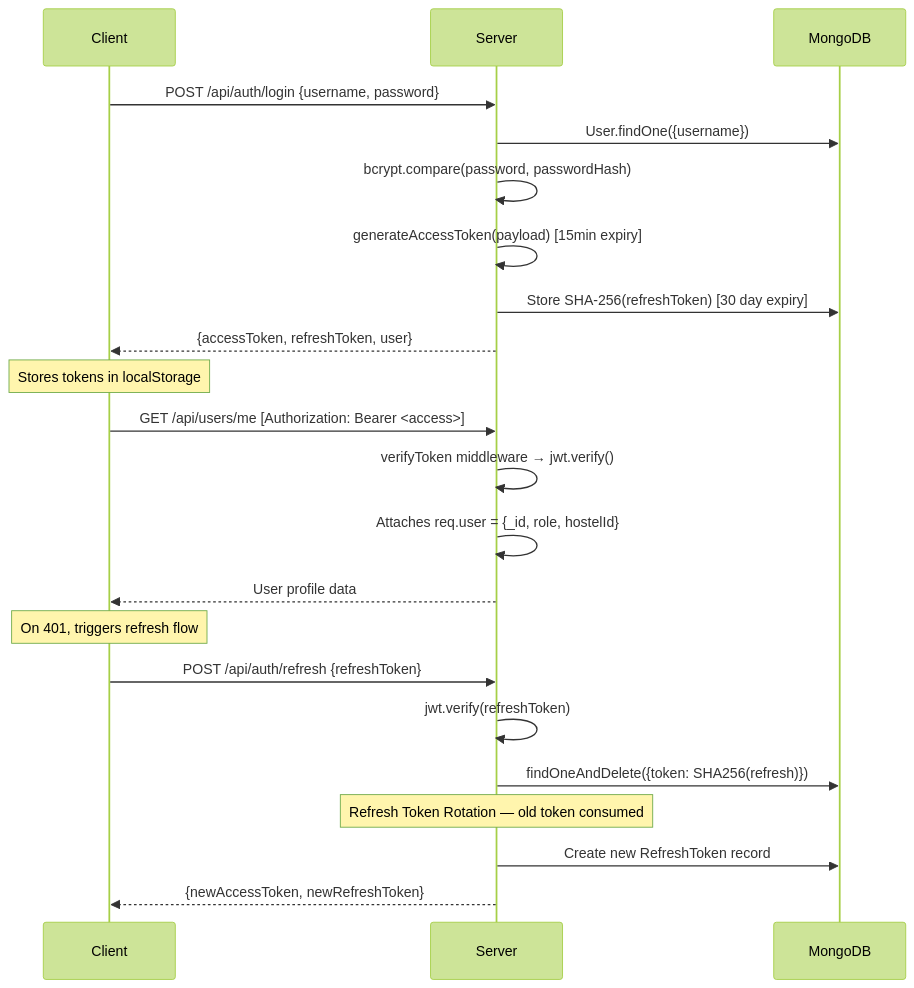
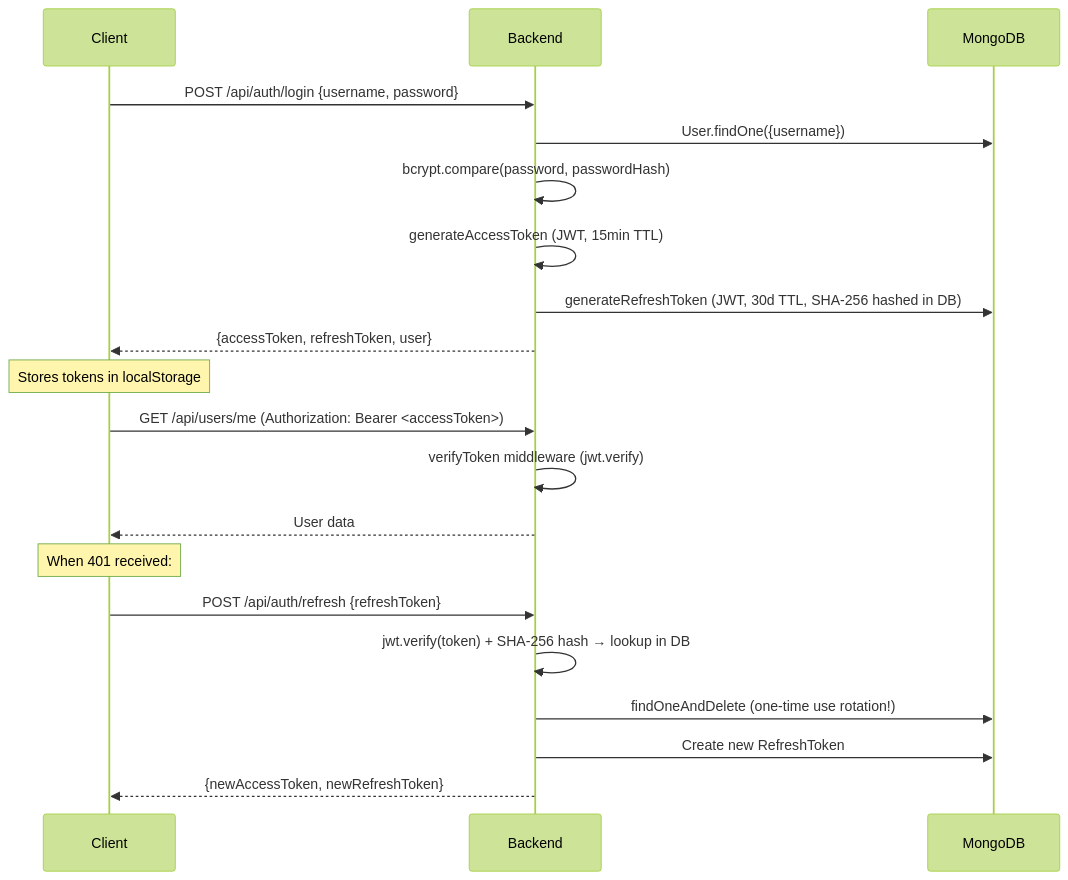
One commit to fo56/hostelHub changed the second of 3 diagrams in codebase-analysis-docs/CODEBASE_KNOWLEDGE.md. Above: the diagram before and after it, drawn with Mermaid (forest theme). The commit also changed other lines of this file and 1 other file, not shown here.

````diff
--- a/codebase-analysis-docs/CODEBASE_KNOWLEDGE.md
+++ b/codebase-analysis-docs/CODEBASE_KNOWLEDGE.md
@@ -165,29 +168,26 @@
 ```mermaid
 sequenceDiagram
     participant Client
-    participant Server
-    participant MongoDB
+    participant API as Backend
+    participant DB as MongoDB
 
-    Client->>Server: POST /api/auth/login {username, password}
-    Server->>MongoDB: User.findOne({username})
-    Server->>Server: bcrypt.compare(password, passwordHash)
-    Server->>Server: generateAccessToken(payload) [15min expiry]
-    Server->>MongoDB: Store SHA-256(refreshToken) [30 day expiry]
-    Server-->>Client: {accessToken, refreshToken, user}
-    
+    Client->>API: POST /api/auth/login {username, password}
+    API->>DB: User.findOne({username})
+    API->>API: bcrypt.compare(password, passwordHash)
+    API->>API: generateAccessToken (JWT, 15min TTL)
+    API->>DB: generateRefreshToken (JWT, 30d TTL, SHA-256 hashed in DB)
+    API-->>Client: {accessToken, refreshToken, user}
+
     Note over Client: Stores tokens in localStorage
-    
-    Client->>Server: GET /api/users/me [Authorization: Bearer <access>]
-    Server->>Server: verifyToken middleware → jwt.verify()
-    Server->>Server: Attaches req.user = {_id, role, hostelId}
-    Server-->>Client: User profile data
-    
-    Note over Client: On 401, triggers refresh flow
-    
-    Client->>Server: POST /api/auth/refresh {refreshToken}
-    Server->>Server: jwt.verify(refreshToken)
-    Server->>MongoDB: findOneAndDelete({token: SHA256(refresh)})
-    Note over Server: Refresh Token Rotation — old token consumed
-    Server->>MongoDB: Create new RefreshToken record
-    Server-->>Client: {newAccessToken, newRefreshToken}
+
+    Client->>API: GET /api/users/me (Authorization: Bearer <accessToken>)
+    API->>API: verifyToken middleware (jwt.verify)
+    API-->>Client: User data
+
+    Note over Client: When 401 received:
+    Client->>API: POST /api/auth/refresh {refreshToken}
+    API->>API: jwt.verify(token) + SHA-256 hash → lookup in DB
+    API->>DB: findOneAndDelete (one-time use rotation!)
+    API->>DB: Create new RefreshToken
+    API-->>Client: {newAccessToken, newRefreshToken}
 ```
````
